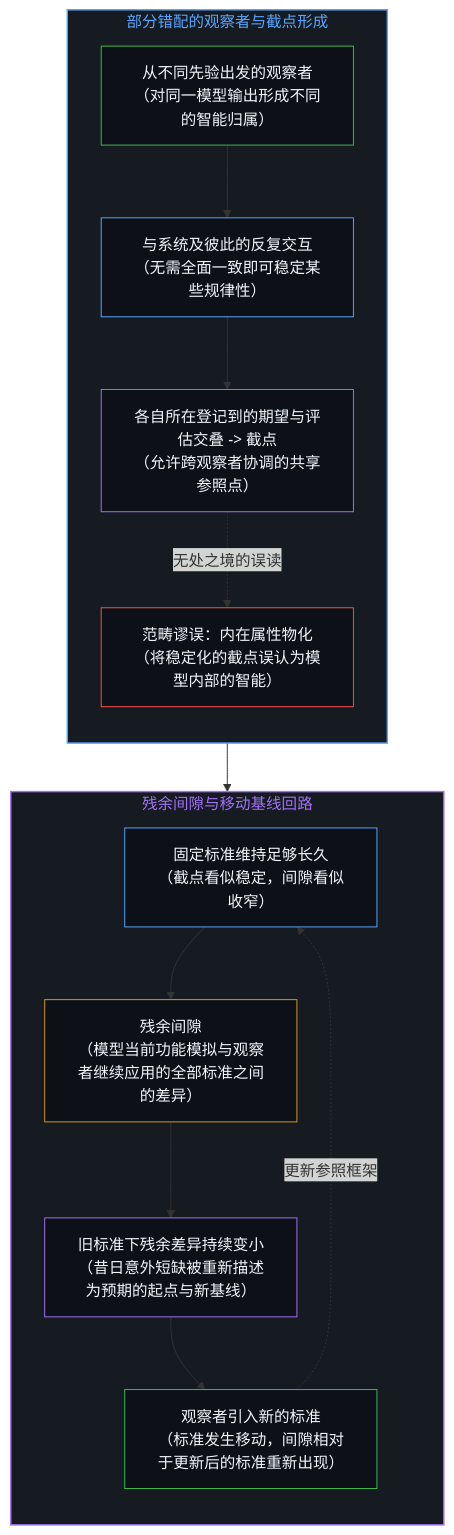
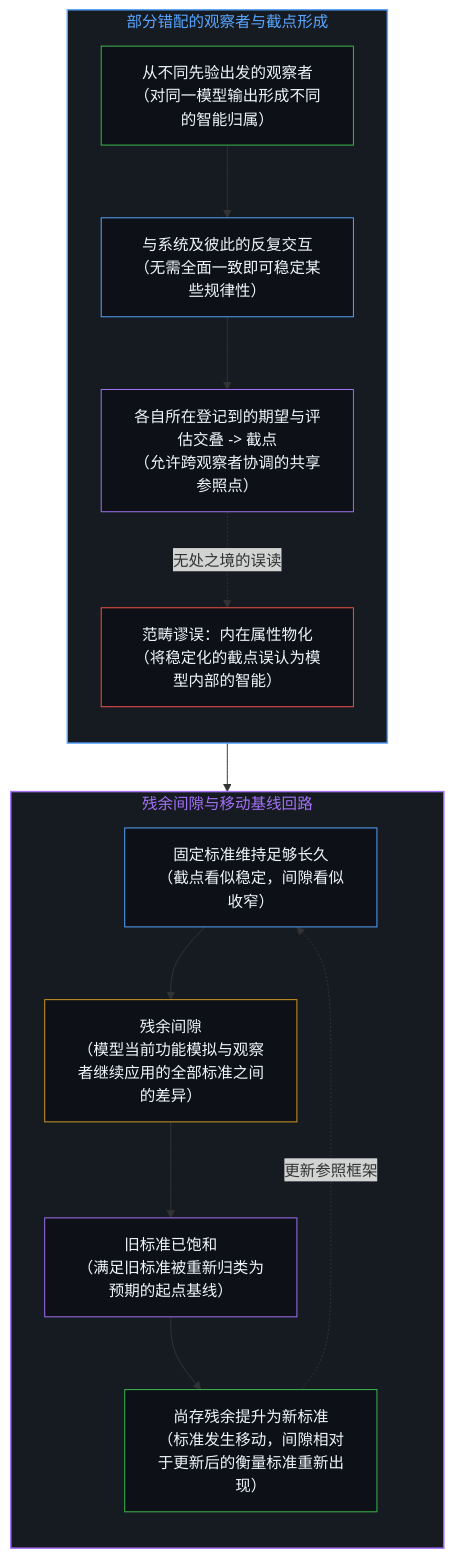
One commit to powerpig99/not-a-toe changed the first of 4 diagrams in content/posts/intelligence-in-observation-and-the-residual-gap.md. Above: the diagram before and after it, drawn with Mermaid. The commit also changed other lines of this file and 3 other files, not shown here.

````diff
--- a/content/posts/intelligence-in-observation-and-the-residual-gap.md
+++ b/content/posts/intelligence-in-observation-and-the-residual-gap.md
@@ -17,35 +17,35 @@
 ```mermaid
 flowchart TD
     subgraph S_Observers["部分错配的观察者与截点形成"]
         direction TB
         O1["从不同先验出发的观察者<br/>（对同一模型输出形成不同的智能归属）"]
         O2["与系统及彼此的反复交互<br/>（无需全面一致即可稳定某些规律性）"]
         INT["各自所在登记到的期望与评估交叠 -> 截点<br/>（允许跨观察者协调的共享参照点）"]
         ERR["范畴谬误：内在属性物化<br/>（将稳定化的截点误认为模型内部的智能）"]
         O1 --> O2
         O2 --> INT
         INT -. "无处之境的误读" .-> ERR
     end
     subgraph S_Cycle["残余间隙与移动基线回路"]
         direction TB
         FIX["固定标准维持足够长久<br/>（截点看似稳定，间隙看似收窄）"]
         RES["残余间隙<br/>（模型当前功能模拟与观察者继续应用的全部标准之间的差异）"]
-        BASE["旧标准下残余差异持续变小<br/>（昔日意外短缺被重新描述为预期的起点与新基线）"]
-        NEW["观察者引入新的标准<br/>（标准发生移动，间隙相对于更新后的标准重新出现）"]
+        BASE["旧标准已饱和<br/>（满足旧标准被重新归类为预期的起点基线）"]
+        NEW["尚存残余提升为新标准<br/>（标准发生移动，间隙相对于更新后的衡量标准重新出现）"]
         FIX --> RES
         RES --> BASE
         BASE --> NEW
         NEW -. "更新参照框架" .-> FIX
     end
     INT --> FIX
     style S_Observers fill:#161b22,stroke:#58a6ff,stroke-width:1.5px,color:#58a6ff
     style S_Cycle fill:#161b22,stroke:#a371f7,stroke-width:1.5px,color:#a371f7
     style O1 fill:#0d1117,stroke:#3fb950,stroke-width:1px,color:#f0f6fc
     style O2 fill:#0d1117,stroke:#58a6ff,stroke-width:1px,color:#f0f6fc
     style INT fill:#0d1117,stroke:#a371f7,stroke-width:1px,color:#f0f6fc
     style ERR fill:#0d1117,stroke:#f85149,stroke-width:1px,color:#f0f6fc
     style FIX fill:#0d1117,stroke:#58a6ff,stroke-width:1px,color:#f0f6fc
     style RES fill:#0d1117,stroke:#d29922,stroke-width:1px,color:#f0f6fc
     style BASE fill:#0d1117,stroke:#a371f7,stroke-width:1px,color:#f0f6fc
     style NEW fill:#0d1117,stroke:#3fb950,stroke-width:1px,color:#f0f6fc
 ```
````
